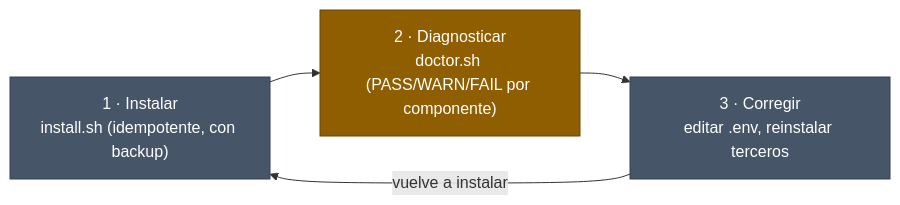
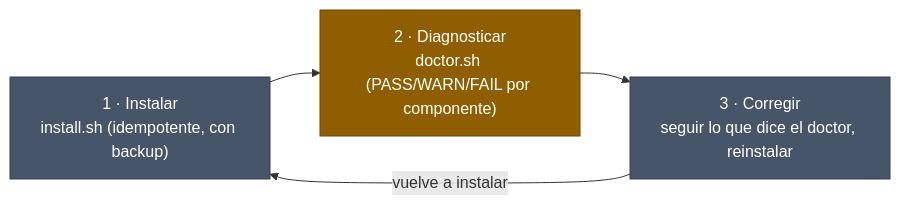
The diagram in kit/README.md (manuelcozar55/setup-claude-code), drawn with Mermaid before and after one commit. The commit also changed other lines of this file and 6 other files, not shown here.

````diff
--- a/kit/README.md
+++ b/kit/README.md
@@ -47,11 +49,11 @@
 ```mermaid
 flowchart LR
     I["1 · Instalar<br/>install.sh (idempotente, con backup)"]
     D["2 · Diagnosticar<br/>doctor.sh (PASS/WARN/FAIL por componente)"]
-    C["3 · Corregir<br/>editar .env, reinstalar terceros"]
+    C["3 · Corregir<br/>seguir lo que dice el doctor, reinstalar"]
     I --> D --> C -->|"vuelve a instalar"| I
     classDef paso fill:#475569,stroke:#334155,color:#FFFFFF
     classDef gate fill:#8F5E00,stroke:#6B4600,color:#FFFFFF
     class I,C paso
     class D gate
 ```
````
